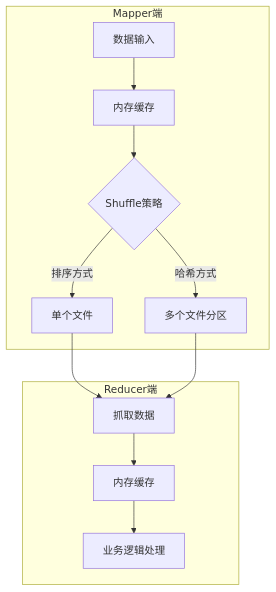
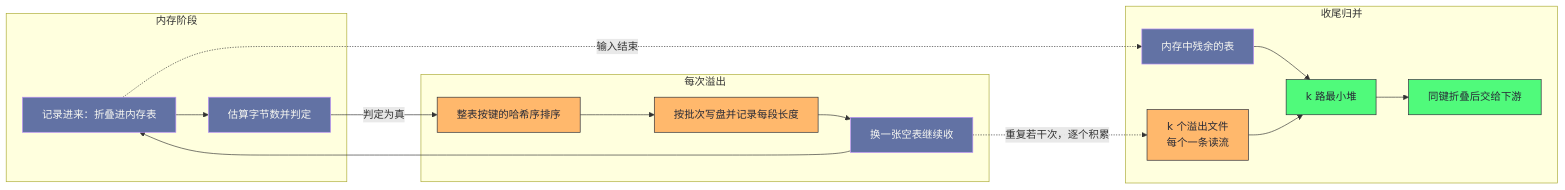
Before and after one commit to hpliStartAgain/my-brain: the fourth of 6 diagrams in content/大数据/Spark/读书笔记-spark内核/06_性能调优实战/7. Spark_Shuffle内存调优.md, drawn with Mermaid. The commit also changed other lines of this file and 259 other files, not shown here.

````diff
--- a/content/大数据/Spark/读书笔记-spark内核/06_性能调优实战/7. Spark_Shuffle内存调优.md
+++ b/content/大数据/Spark/读书笔记-spark内核/06_性能调优实战/7. Spark_Shuffle内存调优.md
@@ -22,17 +336,26 @@
 ```mermaid
-flowchart TD
-    subgraph "Mapper端"
-        A["数据输入"] --> B["内存缓存"]
-        B --> C{"Shuffle策略"}
-        C -->|"排序方式"| D["单个文件"]
-        C -->|"哈希方式"| E["多个文件分区"]
+%%{init: {'theme': 'dracula'}}%%
+flowchart LR
+    subgraph IN["内存阶段"]
+        A["记录进来：折叠进内存表"] --> B["估算字节数并判定"]
     end
-    
-    subgraph "Reducer端"
-        F["抓取数据"] --> G["内存缓存"]
-        G --> H["业务逻辑处理"]
+    subgraph SP["每次溢出"]
+        C["整表按键的哈希序排序"] --> D["按批次写盘并记录每段长度"]
+        D --> E["换一张空表继续收"]
     end
-    
-    D --> F
-    E --> F
+    subgraph MG["收尾归并"]
+        F["内存中残余的表"] --> H["k 路最小堆"]
+        G["k 个溢出文件<br/>每个一条读流"] --> H
+        H --> I["同键折叠后交给下游"]
+    end
+    B -- "判定为真" --> C
+    E --> A
+    E -.->|重复若干次，逐个积累| G
+    A -.->|输入结束| F
+    classDef mem fill:#6272a4,stroke:#bd93f9,color:#f8f8f2
+    classDef disk fill:#ffb86c,stroke:#282a36,color:#282a36
+    classDef merge fill:#50fa7b,stroke:#282a36,color:#282a36
+    class A,B,E,F mem
+    class C,D,G disk
+    class H,I merge
 ```
````
